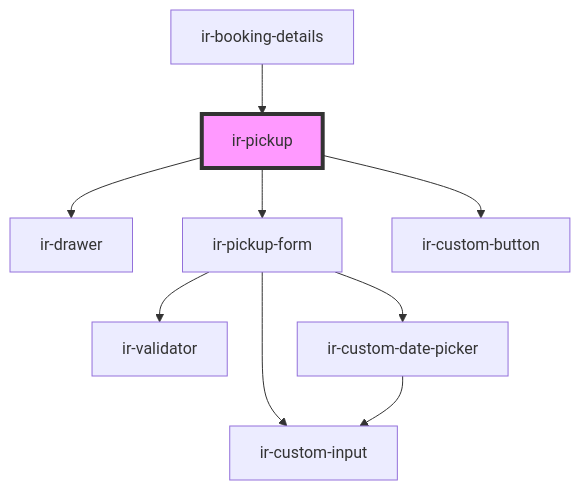
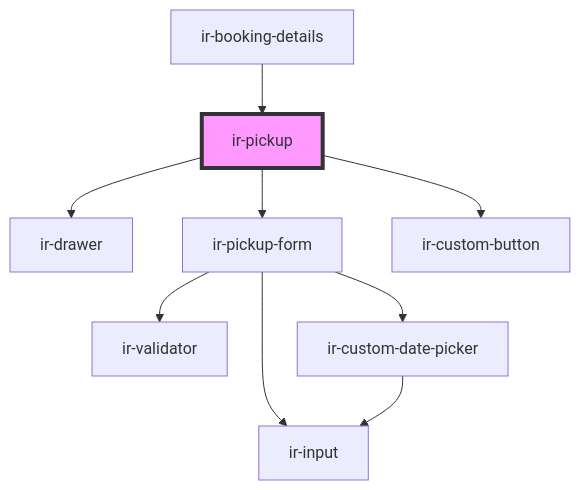
One commit to David1Chowaifaty/modified-ir-webcmp changed the diagram in src/components/ir-booking-details/ir-pickup/readme.md. Above: the diagram before and after it, drawn with Mermaid. The commit also changed 38 other files, not shown here.

````diff
--- a/src/components/ir-booking-details/ir-pickup/readme.md
+++ b/src/components/ir-booking-details/ir-pickup/readme.md
@@ -39,12 +39,12 @@
 ```mermaid
 graph TD;
   ir-pickup --> ir-drawer
   ir-pickup --> ir-pickup-form
   ir-pickup --> ir-custom-button
   ir-pickup-form --> ir-validator
   ir-pickup-form --> ir-custom-date-picker
-  ir-pickup-form --> ir-custom-input
-  ir-custom-date-picker --> ir-custom-input
+  ir-pickup-form --> ir-input
+  ir-custom-date-picker --> ir-input
   ir-booking-details --> ir-pickup
   style ir-pickup fill:#f9f,stroke:#333,stroke-width:4px
 ```
````
